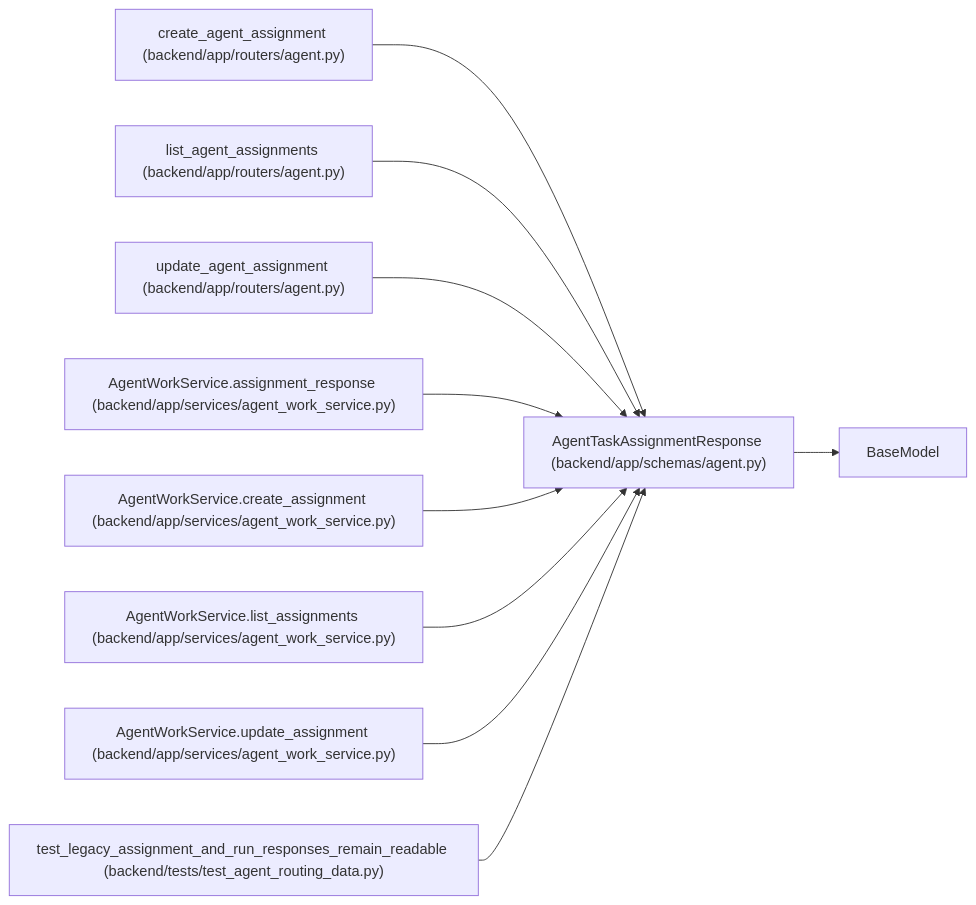
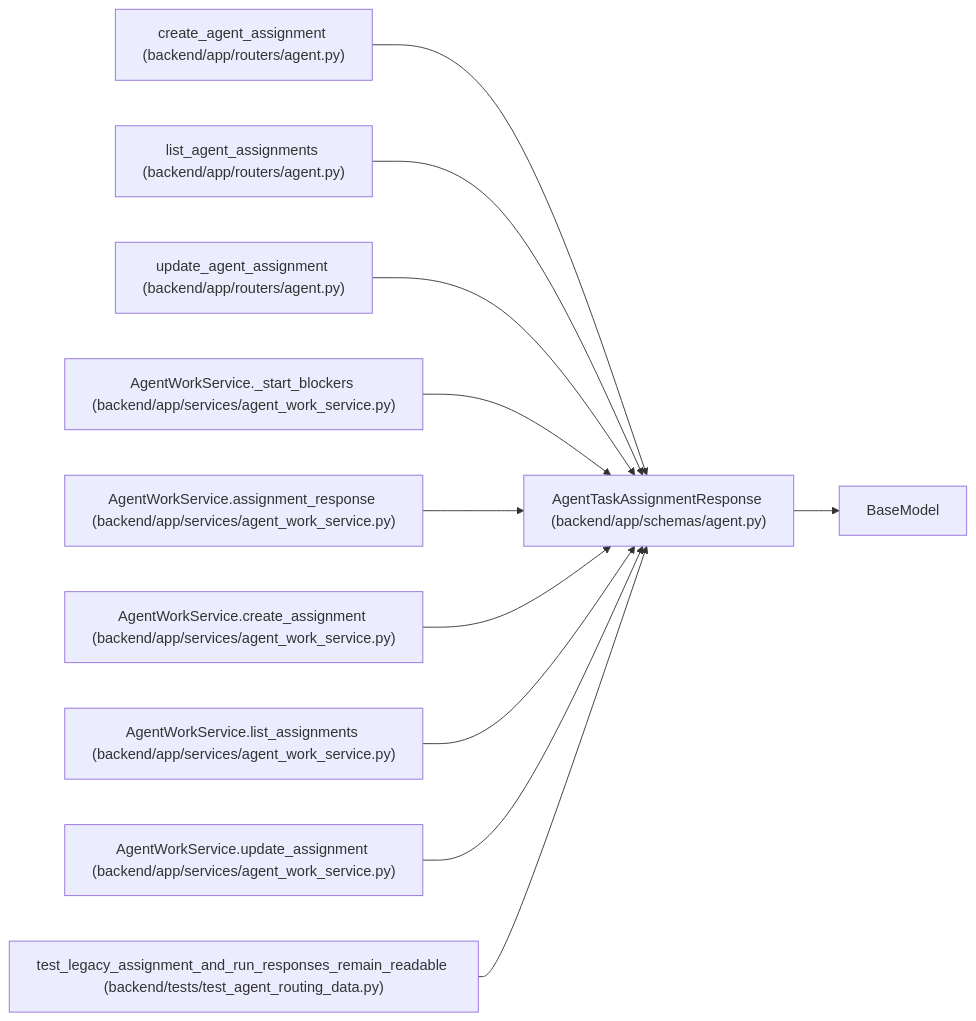
The diagram in docs/llm_wiki/entities/AgentTaskAssignmentResponse.md (Denissvgn/WorkChord), drawn with Mermaid before and after one commit. The commit also changed other lines of this file and 563 other files, not shown here.

````diff
--- a/docs/llm_wiki/entities/AgentTaskAssignmentResponse.md
+++ b/docs/llm_wiki/entities/AgentTaskAssignmentResponse.md
@@ -45,31 +45,34 @@
 ```mermaid
 flowchart LR
     n0["AgentTaskAssignmentResponse (backend/app/schemas/agent.py)"]
     n1["BaseModel"]
     n2["create_agent_assignment (backend/app/routers/agent.py)"]
     n3["list_agent_assignments (backend/app/routers/agent.py)"]
     n4["update_agent_assignment (backend/app/routers/agent.py)"]
-    n5["AgentWorkService.assignment_response (backend/app/services/agent_work_service.py)"]
-    n6["AgentWorkService.create_assignment (backend/app/services/agent_work_service.py)"]
-    n7["AgentWorkService.list_assignments (backend/app/services/agent_work_service.py)"]
-    n8["AgentWorkService.update_assignment (backend/app/services/agent_work_service.py)"]
-    n9["test_legacy_assignment_and_run_responses_remain_readable (backend/tests/test_agent_routing_data.py)"]
+    n5["AgentWorkService._start_blockers (backend/app/services/agent_work_service.py)"]
+    n6["AgentWorkService.assignment_response (backend/app/services/agent_work_service.py)"]
+    n7["AgentWorkService.create_assignment (backend/app/services/agent_work_service.py)"]
+    n8["AgentWorkService.list_assignments (backend/app/services/agent_work_service.py)"]
+    n9["AgentWorkService.update_assignment (backend/app/services/agent_work_service.py)"]
+    n10["test_legacy_assignment_and_run_responses_remain_readable (backend/tests/test_agent_routing_data.py)"]
     n0 --> n1
     n2 --> n0
     n3 --> n0
     n4 --> n0
     n5 --> n0
     n6 --> n0
     n7 --> n0
     n8 --> n0
     n9 --> n0
+    n10 --> n0
     click n0 "../modules/schemas_agent.md"
     click n2 "../modules/routers_agent.md"
     click n3 "../modules/routers_agent.md"
     click n4 "../modules/routers_agent.md"
     click n5 "../modules/agent_work_service.md"
     click n6 "../modules/agent_work_service.md"
     click n7 "../modules/agent_work_service.md"
     click n8 "../modules/agent_work_service.md"
-    click n9 "../modules/test_agent_routing_data.md"
+    click n9 "../modules/agent_work_service.md"
+    click n10 "../modules/test_agent_routing_data.md"
 ```
````
